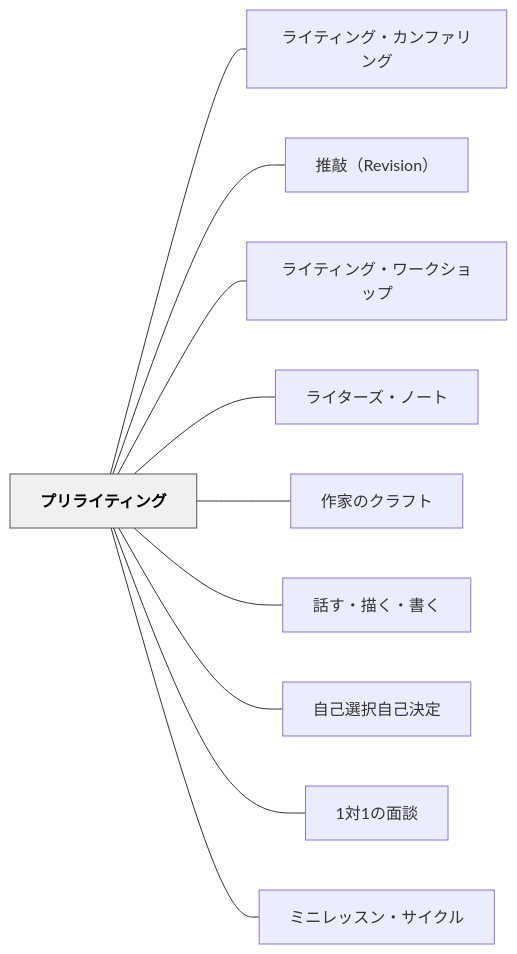
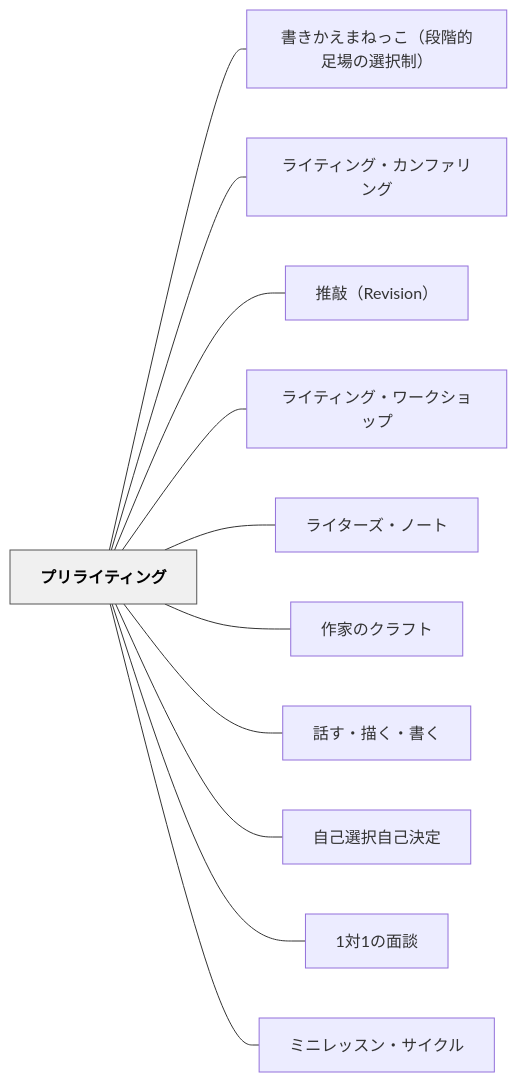
The diagram in content/パタン/プリライティング.md (unknownthings-ed-patterns/unknownthings-ed-patterns), drawn with Mermaid before and after one commit. The commit also changed other lines of this file and 185 other files, not shown here.

````diff
--- a/content/パタン/プリライティング.md
+++ b/content/パタン/プリライティング.md
@@ -178,26 +180,28 @@
 ```mermaid
 flowchart LR
     ne38397e383aae383a9e382a4e38386e382a3e383b3e382b0["プリライティング"]
+    ne69bb8e3818de3818be38188e381bee381ade381a3e38193efbc88e6aeb5e99a8ee79a84e8b6b3e5a0b4e381aee981b8e68a9ee588b6efbc89["書きかえまねっこ（段階的足場の選択制）"]
     ne383a9e382a4e38386e382a3e383b3e382b0e383bbe382abe383b3e38395e382a1e383aae383b3e382b0["ライティング・カンファリング"]
     ne68ea8e695b2efbc885265766973696f6eefbc89["推敲（Revision）"]
     ne383a9e382a4e38386e382a3e383b3e382b0e383bbe383afe383bce382afe382b7e383a7e38383e38397["ライティング・ワークショップ"]
     ne383a9e382a4e382bfe383bce382bae383bbe3838ee383bce38388["ライターズ・ノート"]
     ne4bd9ce5aeb6e381aee382afe383a9e38395e38388["作家のクラフト"]
     ne8a9b1e38199e383bbe68f8fe3818fe383bbe69bb8e3818f["話す・描く・書く"]
     ne887aae5b7b1e981b8e68a9ee887aae5b7b1e6b1bae5ae9a["自己選択自己決定"]
     n31e5afbe31e381aee99da2e8ab87["1対1の面談"]
     ne3839fe3838be383ace38383e382b9e383b3e383bbe382b5e382a4e382afe383ab["ミニレッスン・サイクル"]
 
+    ne38397e383aae383a9e382a4e38386e382a3e383b3e382b0 --- ne69bb8e3818de3818be38188e381bee381ade381a3e38193efbc88e6aeb5e99a8ee79a84e8b6b3e5a0b4e381aee981b8e68a9ee588b6efbc89
     ne38397e383aae383a9e382a4e38386e382a3e383b3e382b0 --- ne383a9e382a4e38386e382a3e383b3e382b0e383bbe382abe383b3e38395e382a1e383aae383b3e382b0
     ne38397e383aae383a9e382a4e38386e382a3e383b3e382b0 --- ne68ea8e695b2efbc885265766973696f6eefbc89
     ne38397e383aae383a9e382a4e38386e382a3e383b3e382b0 --- ne383a9e382a4e38386e382a3e383b3e382b0e383bbe383afe383bce382afe382b7e383a7e38383e38397
     ne38397e383aae383a9e382a4e38386e382a3e383b3e382b0 --- ne383a9e382a4e382bfe383bce382bae383bbe3838ee383bce38388
     ne38397e383aae383a9e382a4e38386e382a3e383b3e382b0 --- ne4bd9ce5aeb6e381aee382afe383a9e38395e38388
     ne38397e383aae383a9e382a4e38386e382a3e383b3e382b0 --- ne8a9b1e38199e383bbe68f8fe3818fe383bbe69bb8e3818f
     ne38397e383aae383a9e382a4e38386e382a3e383b3e382b0 --- ne887aae5b7b1e981b8e68a9ee887aae5b7b1e6b1bae5ae9a
     ne38397e383aae383a9e382a4e38386e382a3e383b3e382b0 --- n31e5afbe31e381aee99da2e8ab87
     ne38397e383aae383a9e382a4e38386e382a3e383b3e382b0 --- ne3839fe3838be383ace38383e382b9e383b3e383bbe382b5e382a4e382afe383ab
 
     classDef hub fill:#f0f0f0,stroke:#555,color:#000,font-weight:bold
     class ne38397e383aae383a9e382a4e38386e382a3e383b3e382b0 hub
 ```
````
